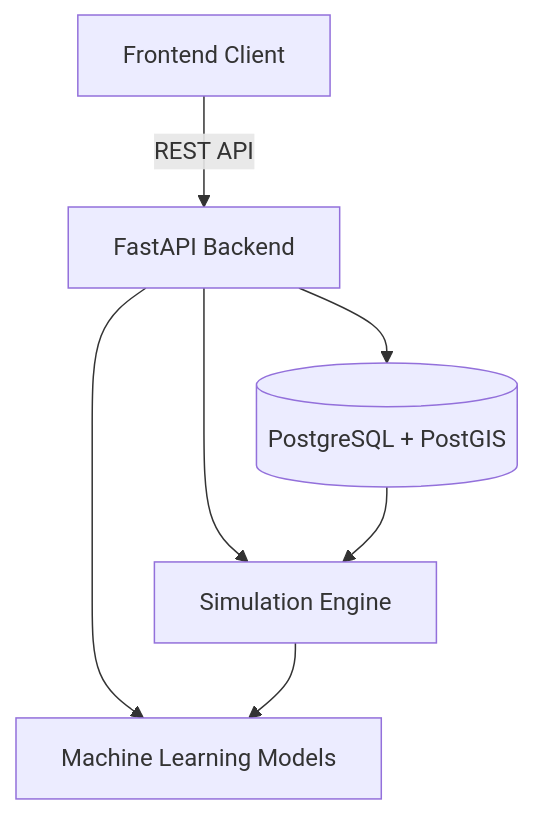
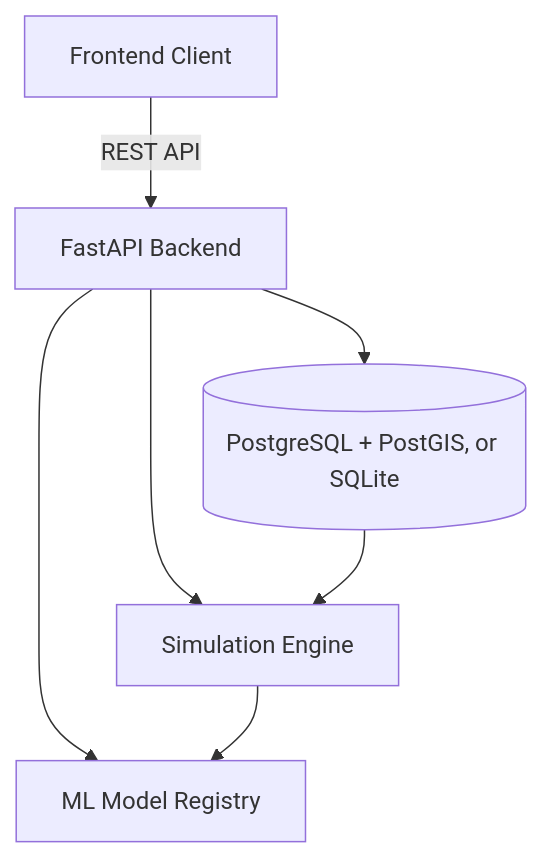
The diagram in README.md (gauravxsuvo/BharatSim), drawn with Mermaid before and after one commit. The commit also changed other lines of this file and 25 other files, not shown here.

````diff
--- a/README.md
+++ b/README.md
@@ -9,9 +101,9 @@
 ```mermaid
 graph TD
     A[Frontend Client] -->|REST API| B[FastAPI Backend]
     B --> C[Simulation Engine]
-    B --> D[Machine Learning Models]
-    B --> E[(PostgreSQL + PostGIS)]
+    B --> D[ML Model Registry]
+    B --> E[(PostgreSQL + PostGIS, or SQLite)]
     C --> D
     E --> C
 ```
````
